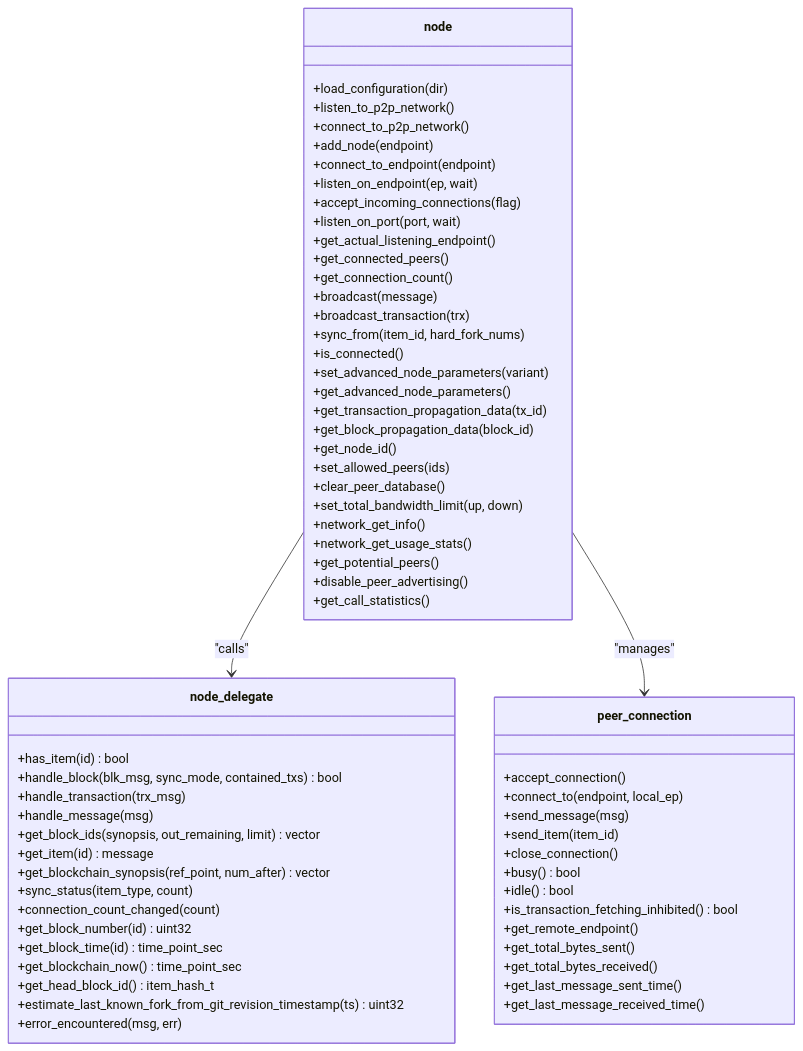
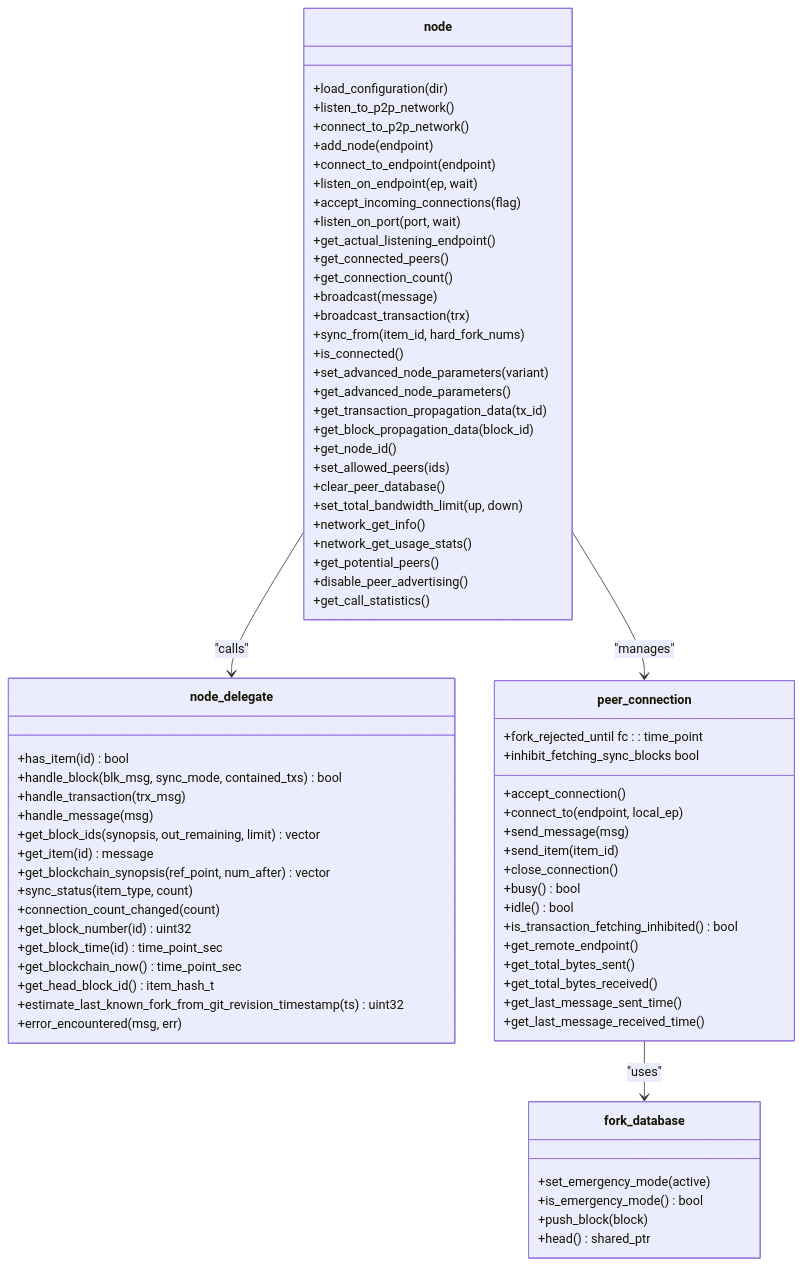
The second of 11 diagrams in .qoder/repowiki/en/content/Architecture Overview/Core Libraries/Network Library/Node Management.md (VIZ-Blockchain/viz-cpp-node), drawn with Mermaid before and after one commit. The commit also changed other lines of this file and 7 other files, not shown here.

First line of the commit message:
feat(database): implement emergency consensus and enhance memory management logging

````diff
--- a/.qoder/repowiki/en/content/Architecture Overview/Core Libraries/Network Library/Node Management.md
+++ b/.qoder/repowiki/en/content/Architecture Overview/Core Libraries/Network Library/Node Management.md
@@ -99,67 +126,76 @@
 ```mermaid
 classDiagram
 class node {
 +load_configuration(dir)
 +listen_to_p2p_network()
 +connect_to_p2p_network()
 +add_node(endpoint)
 +connect_to_endpoint(endpoint)
 +listen_on_endpoint(ep, wait)
 +accept_incoming_connections(flag)
 +listen_on_port(port, wait)
 +get_actual_listening_endpoint()
 +get_connected_peers()
 +get_connection_count()
 +broadcast(message)
 +broadcast_transaction(trx)
 +sync_from(item_id, hard_fork_nums)
 +is_connected()
 +set_advanced_node_parameters(variant)
 +get_advanced_node_parameters()
 +get_transaction_propagation_data(tx_id)
 +get_block_propagation_data(block_id)
 +get_node_id()
 +set_allowed_peers(ids)
 +clear_peer_database()
 +set_total_bandwidth_limit(up, down)
 +network_get_info()
 +network_get_usage_stats()
 +get_potential_peers()
 +disable_peer_advertising()
 +get_call_statistics()
 }
 class node_delegate {
 +has_item(id) bool
 +handle_block(blk_msg, sync_mode, contained_txs) bool
 +handle_transaction(trx_msg)
 +handle_message(msg)
 +get_block_ids(synopsis, out_remaining, limit) vector
 +get_item(id) message
 +get_blockchain_synopsis(ref_point, num_after) vector
 +sync_status(item_type, count)
 +connection_count_changed(count)
 +get_block_number(id) uint32
 +get_block_time(id) time_point_sec
 +get_blockchain_now() time_point_sec
 +get_head_block_id() item_hash_t
 +estimate_last_known_fork_from_git_revision_timestamp(ts) uint32
 +error_encountered(msg, err)
 }
 class peer_connection {
 +accept_connection()
 +connect_to(endpoint, local_ep)
 +send_message(msg)
 +send_item(item_id)
 +close_connection()
 +busy() bool
 +idle() bool
 +is_transaction_fetching_inhibited() bool
 +get_remote_endpoint()
 +get_total_bytes_sent()
 +get_total_bytes_received()
 +get_last_message_sent_time()
 +get_last_message_received_time()
++fork_rejected_until fc : : time_point
++inhibit_fetching_sync_blocks bool
+}
+class fork_database {
++set_emergency_mode(active)
++is_emergency_mode() bool
++push_block(block)
++head() shared_ptr
 }
 node --> node_delegate : "calls"
 node --> peer_connection : "manages"
+peer_connection --> fork_database : "uses"
 ```
````
